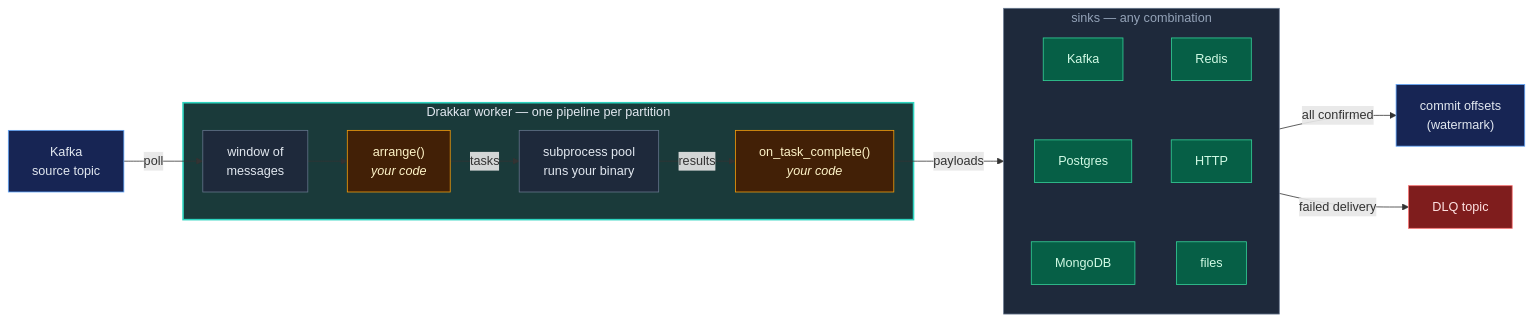
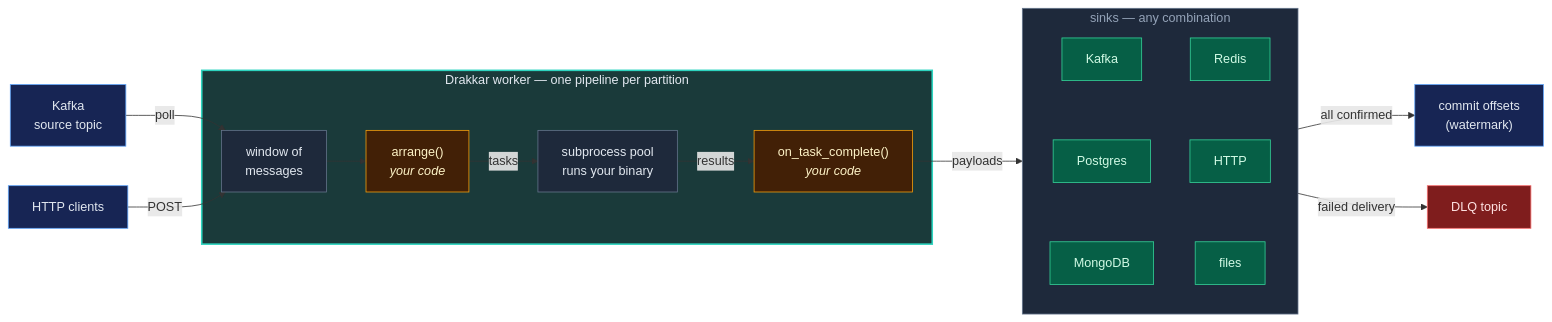
Before and after one commit to wlame/drakkar: the second of 2 diagrams in docs/index.md, drawn with Mermaid. The commit also changed other lines of this file and 126 other files, not shown here.

````diff
--- a/docs/index.md
+++ b/docs/index.md
@@ -57,35 +59,37 @@
 ```mermaid
 flowchart LR
     K["Kafka\nsource topic"] -- "poll" --> W
+    H["HTTP clients"] -- "POST" --> W
 
     subgraph worker ["Drakkar worker — one pipeline per partition"]
         W["window of\nmessages"] --> A["arrange()\n<i>your code</i>"]
         A -- "tasks" --> P["subprocess pool\nruns your binary"]
         P -- "results" --> T["on_task_complete()\n<i>your code</i>"]
     end
 
     T -- "payloads" --> sinks
     subgraph sinks ["sinks — any combination"]
         direction TB
         SK["Kafka"] ~~~ SP["Postgres"] ~~~ SM["MongoDB"]
         SR["Redis"] ~~~ SH["HTTP"] ~~~ SF["files"]
     end
     sinks -- "all confirmed" --> CO["commit offsets\n(watermark)"]
     sinks -- "failed delivery" --> DLQ["DLQ topic"]
 
     style worker fill:#1a3a3a,stroke:#2dd4bf,stroke-width:2px,color:#e2e8f0
     style sinks fill:#1e293b,stroke:#64748b,stroke-width:1px,color:#94a3b8
     style K fill:#172554,stroke:#60a5fa,color:#e2e8f0
+    style H fill:#172554,stroke:#60a5fa,color:#e2e8f0
     style W fill:#1e293b,stroke:#64748b,color:#e2e8f0
     style A fill:#422006,stroke:#f59e0b,color:#fef3c7
     style P fill:#1e293b,stroke:#64748b,color:#e2e8f0
     style T fill:#422006,stroke:#f59e0b,color:#fef3c7
     style CO fill:#172554,stroke:#60a5fa,color:#e2e8f0
     style DLQ fill:#7f1d1d,stroke:#f87171,color:#fee2e2
     style SK fill:#065f46,stroke:#34d399,color:#d1fae5
     style SP fill:#065f46,stroke:#34d399,color:#d1fae5
     style SM fill:#065f46,stroke:#34d399,color:#d1fae5
     style SR fill:#065f46,stroke:#34d399,color:#d1fae5
     style SH fill:#065f46,stroke:#34d399,color:#d1fae5
     style SF fill:#065f46,stroke:#34d399,color:#d1fae5
 ```
````
